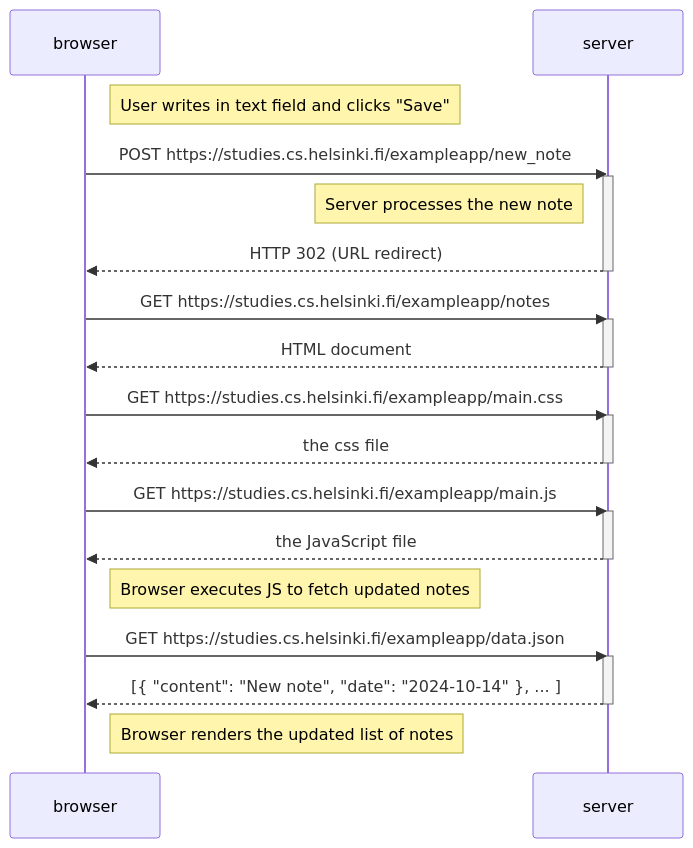
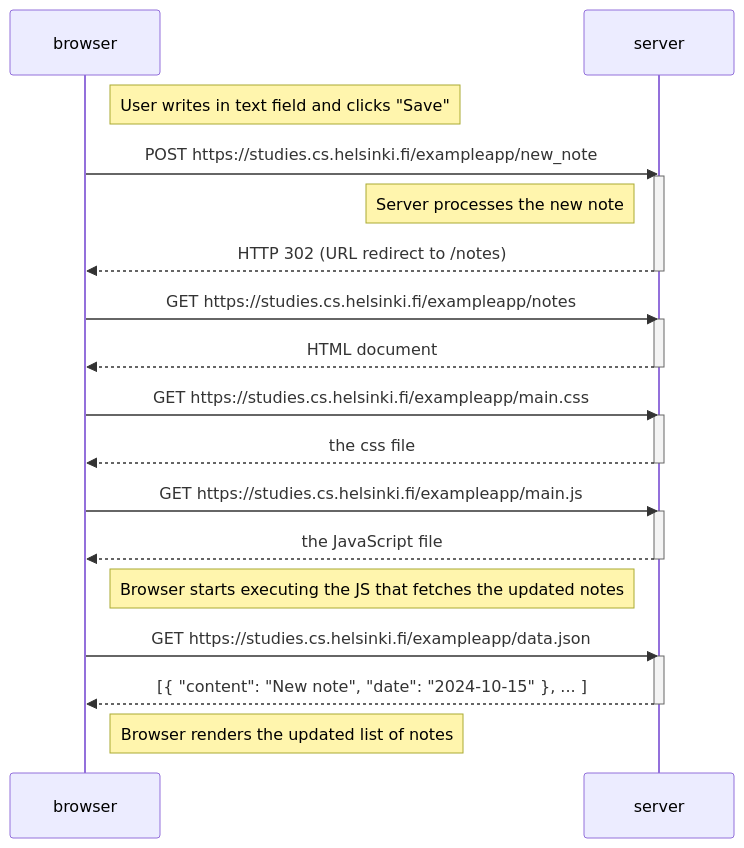
Before and after one commit to karnaker/fullstackopen-exercises: the diagram in part0/0.4-new-note-diagram.md, drawn with Mermaid.

````diff
--- a/part0/0.4-new-note-diagram.md
+++ b/part0/0.4-new-note-diagram.md
@@ -1,37 +1,37 @@
 ```mermaid
 sequenceDiagram
     participant browser
     participant server
 
     Note right of browser: User writes in text field and clicks "Save"
 
     browser->>server: POST https://studies.cs.helsinki.fi/exampleapp/new_note
     activate server
     Note left of server: Server processes the new note
-    server-->>browser: HTTP 302 (URL redirect)
+    server-->>browser: HTTP 302 (URL redirect to /notes)
     deactivate server
 
     browser->>server: GET https://studies.cs.helsinki.fi/exampleapp/notes
     activate server
     server-->>browser: HTML document
     deactivate server
 
     browser->>server: GET https://studies.cs.helsinki.fi/exampleapp/main.css
     activate server
     server-->>browser: the css file
     deactivate server
 
     browser->>server: GET https://studies.cs.helsinki.fi/exampleapp/main.js
     activate server
     server-->>browser: the JavaScript file
     deactivate server
 
-    Note right of browser: Browser executes JS to fetch updated notes
+    Note right of browser: Browser starts executing the JS that fetches the updated notes
 
     browser->>server: GET https://studies.cs.helsinki.fi/exampleapp/data.json
     activate server
-    server-->>browser: [{ "content": "New note", "date": "2024-10-14" }, ... ]
+    server-->>browser: [{ "content": "New note", "date": "2024-10-15" }, ... ]
     deactivate server
 
     Note right of browser: Browser renders the updated list of notes
 ```
````
